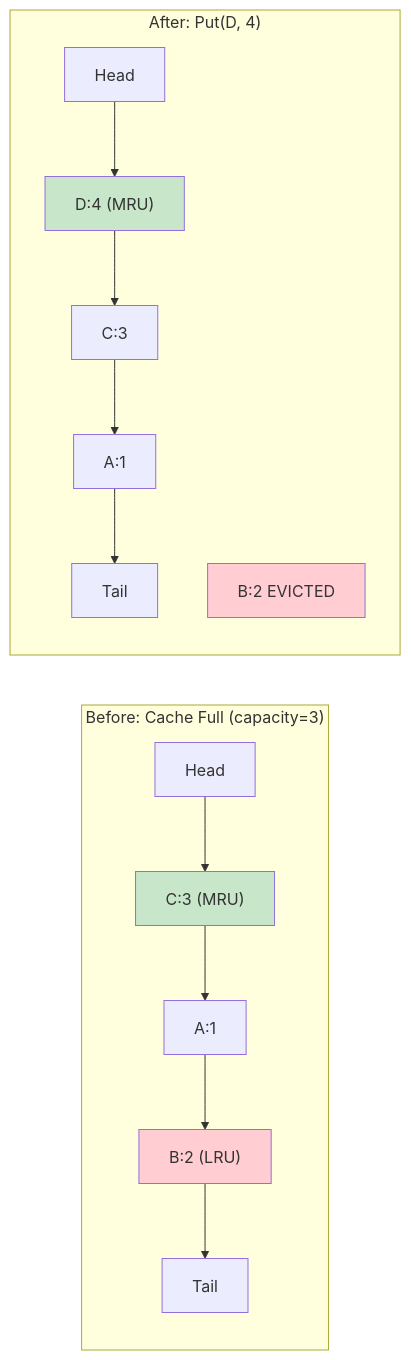
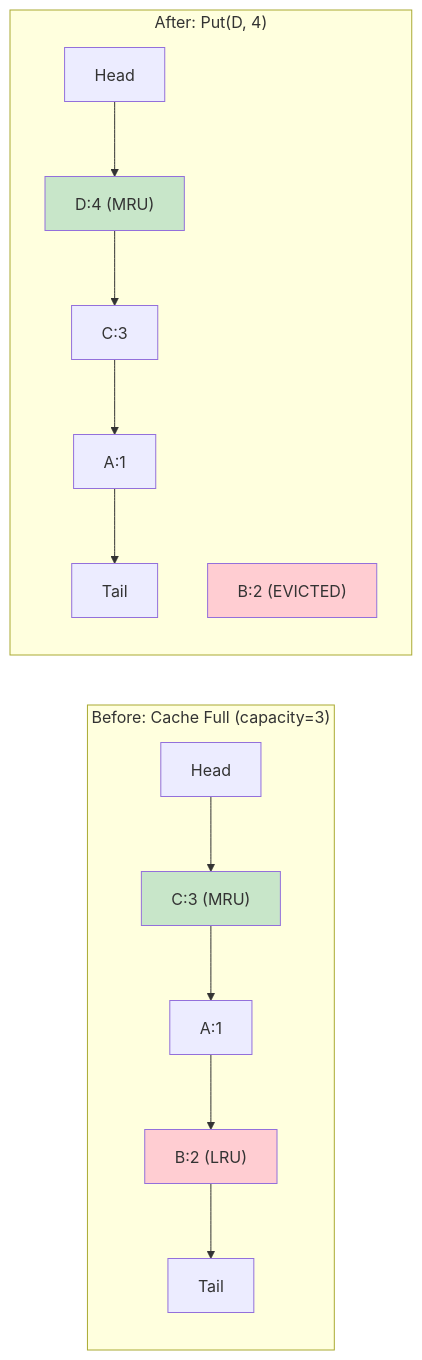
Before and after one commit to lezcodes/dsa: diagram 14 of 19 in 0024-lru-cache/README.md, drawn with Mermaid. The commit also changed other lines of this file and 26 other files, not shown here.

Commit message:
docs: fix mermaid diagrams

````diff
--- a/0024-lru-cache/README.md
+++ b/0024-lru-cache/README.md
@@ -555,22 +555,22 @@
 ```mermaid
 graph LR
     subgraph "Before: Cache Full (capacity=3)"
-        A1[Head] --> B1["C:3 (MRU)"]
+        A1["Head"] --> B1["C:3 (MRU)"]
         B1 --> C1["A:1"]
         C1 --> D1["B:2 (LRU)"]
-        D1 --> E1[Tail]
+        D1 --> E1["Tail"]
     end
 
     subgraph "After: Put(D, 4)"
-        A2[Head] --> B2["D:4 (MRU)"]
+        A2["Head"] --> B2["D:4 (MRU)"]
         B2 --> C2["C:3"]
         C2 --> D2["A:1"]
-        D2 --> E2[Tail]
-        F2["B:2 EVICTED"]
+        D2 --> E2["Tail"]
+        F2["B:2 (EVICTED)"]
     end
 
     style B1 fill:#c8e6c9
     style D1 fill:#ffcdd2
     style B2 fill:#c8e6c9
     style F2 fill:#ffcdd2
 ```
````
